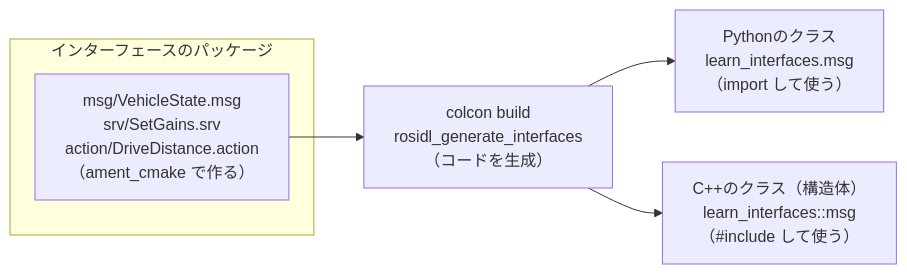
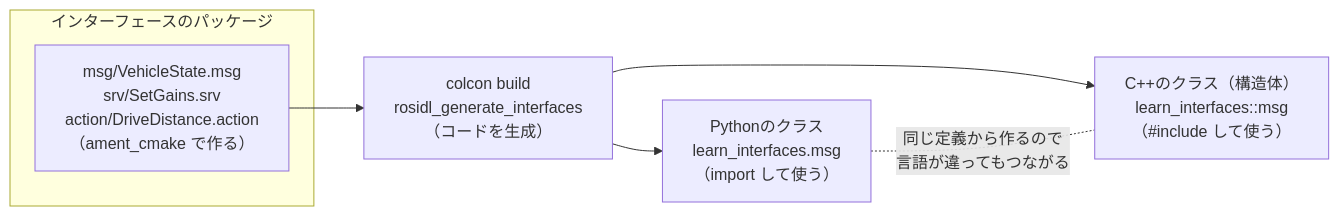
The diagram in docs/reference_interfaces.md (SanghunIm1991/ros2MinimalPhysicalAi), drawn with Mermaid before and after one commit. The commit also changed other lines of this file and 4 other files, not shown here.

Commit message:
[claude] 参考資料「標準のデータ型とインターフェース」のセッションレビューの指摘に対応（図に残っていた6-3の図の部品を削除、時計の飛びを直せる条件、標準の型のリンク、LICENSEの第三者の一覧、出どころの注記、前方参照、wstringの説明、ビルドの秒数を棚卸しの対象に）

````diff
--- a/docs/reference_interfaces.md
+++ b/docs/reference_interfaces.md
@@ -58,12 +58,13 @@
 ```mermaid
 flowchart LR
     subgraph PKG["インターフェースのパッケージ"]
         DEF["msg/VehicleState.msg<br/>srv/SetGains.srv<br/>action/DriveDistance.action<br/>（ament_cmake で作る）"]
     end
     GEN["colcon build<br/>rosidl_generate_interfaces<br/>（コードを生成）"]
     PY["Pythonのクラス<br/>learn_interfaces.msg<br/>（import して使う）"]
     CPP["C++のクラス（構造体）<br/>learn_interfaces::msg<br/>（#include して使う）"]
     DEF --> GEN
     GEN --> PY
     GEN --> CPP
+    PY -. "同じ定義から作るので<br/>言語が違ってもつながる" .- CPP
 ```
````
